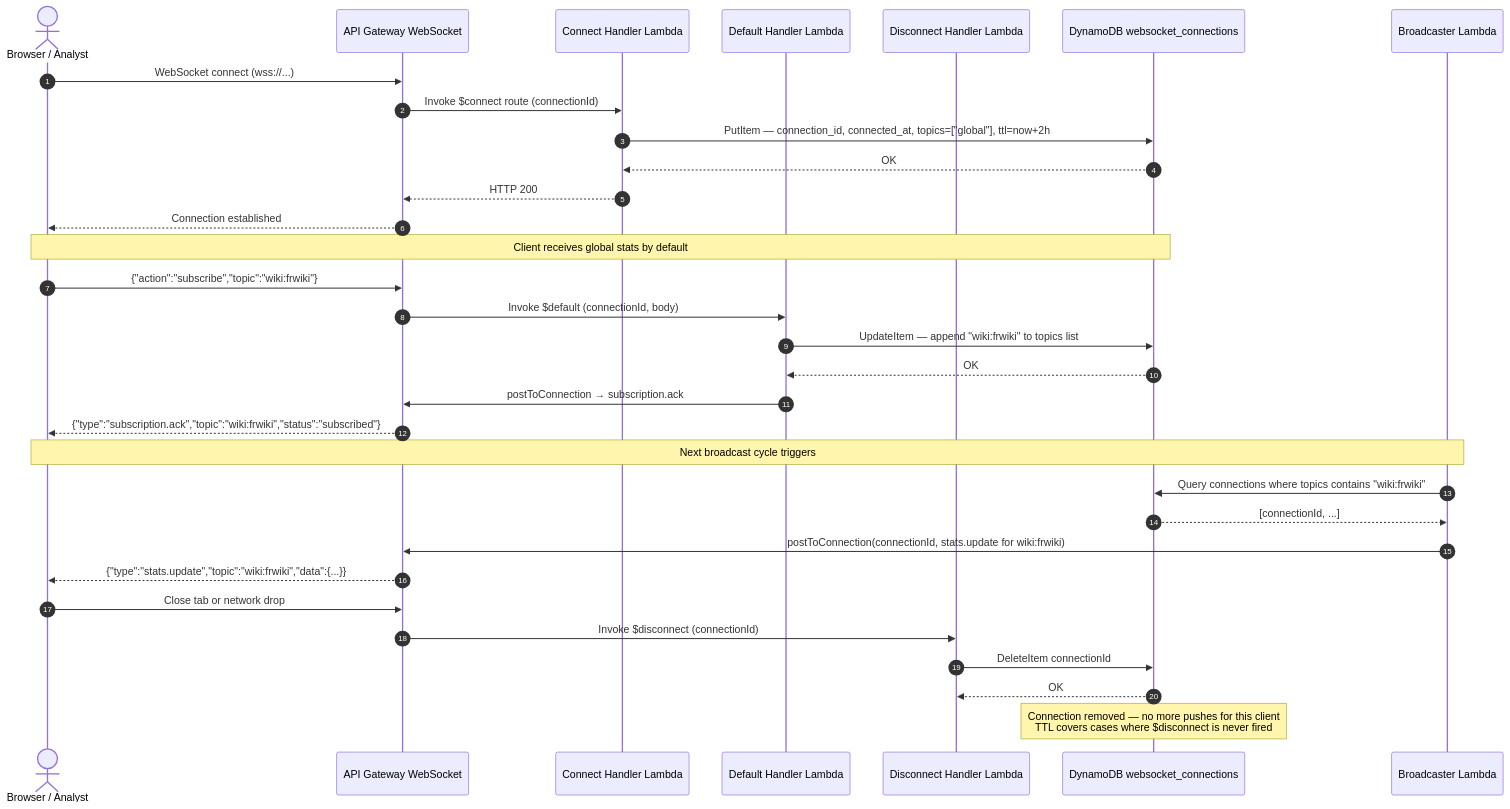
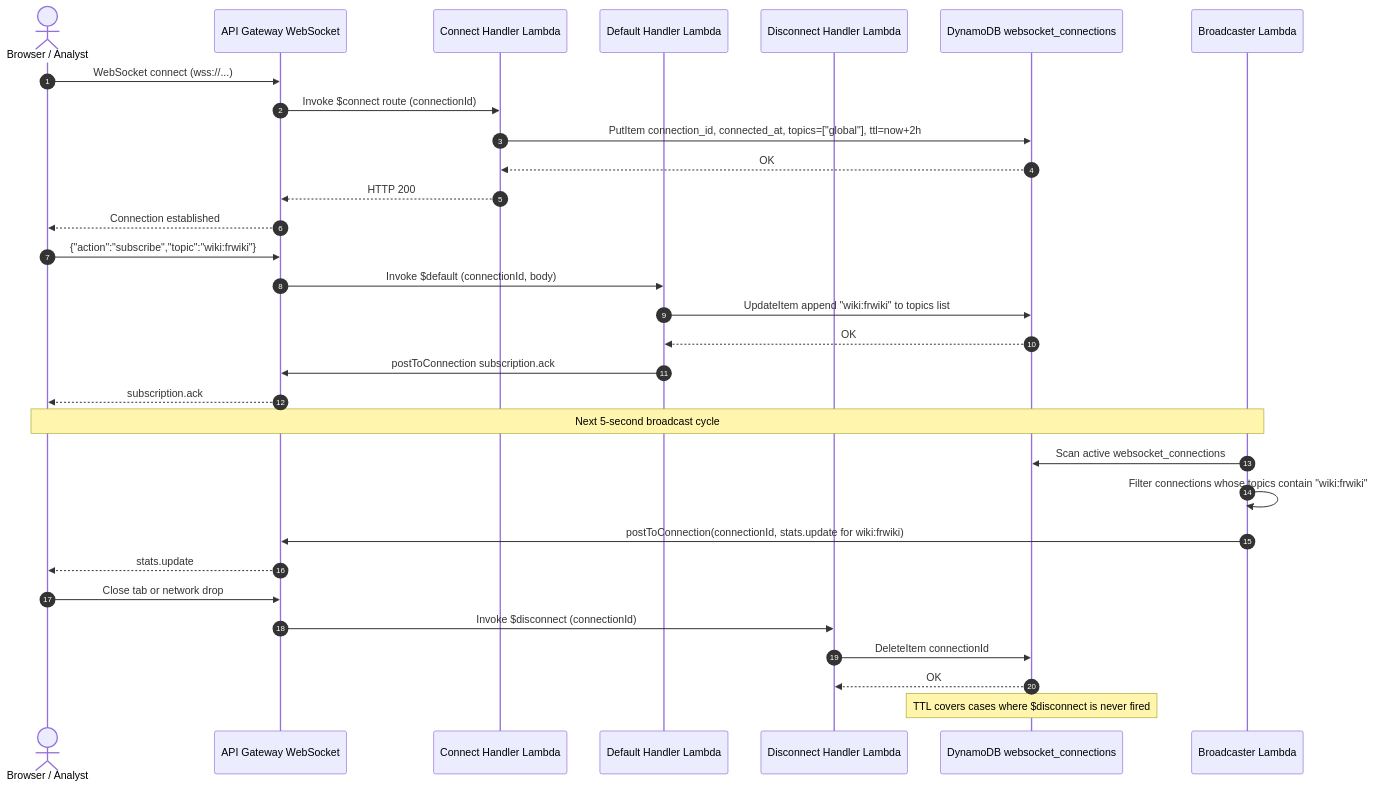
Before and after one commit to TalelKarim/realtime-media-analytics-platform: the second of 6 diagrams in documentation/sequence-diagrams.md, drawn with Mermaid. The commit also changed other lines of this file and 6 other files, not shown here.

Commit message:
docs: align streaming contracts and data lake architecture

````diff
--- a/documentation/sequence-diagrams.md
+++ b/documentation/sequence-diagrams.md
@@ -69,40 +71,38 @@
 ```mermaid
 sequenceDiagram
   autonumber
   actor User as Browser / Analyst
   participant AGW as API Gateway WebSocket
   participant CNX as Connect Handler Lambda
   participant DEF as Default Handler Lambda
   participant DCN as Disconnect Handler Lambda
   participant DBC as DynamoDB websocket_connections
   participant BRD as Broadcaster Lambda
 
   User->>AGW: WebSocket connect (wss://...)
   AGW->>CNX: Invoke $connect route (connectionId)
-  CNX->>DBC: PutItem — connection_id, connected_at, topics=["global"], ttl=now+2h
+  CNX->>DBC: PutItem connection_id, connected_at, topics=["global"], ttl=now+2h
   DBC-->>CNX: OK
   CNX-->>AGW: HTTP 200
   AGW-->>User: Connection established
 
-  Note over User,DBC: Client receives global stats by default
-
   User->>AGW: {"action":"subscribe","topic":"wiki:frwiki"}
   AGW->>DEF: Invoke $default (connectionId, body)
-  DEF->>DBC: UpdateItem — append "wiki:frwiki" to topics list
+  DEF->>DBC: UpdateItem append "wiki:frwiki" to topics list
   DBC-->>DEF: OK
-  DEF->>AGW: postToConnection → subscription.ack
-  AGW-->>User: {"type":"subscription.ack","topic":"wiki:frwiki","status":"subscribed"}
+  DEF->>AGW: postToConnection subscription.ack
+  AGW-->>User: subscription.ack
 
-  Note over BRD,User: Next broadcast cycle triggers
+  Note over BRD,User: Next 5-second broadcast cycle
 
-  BRD->>DBC: Query connections where topics contains "wiki:frwiki"
-  DBC-->>BRD: [connectionId, ...]
+  BRD->>DBC: Scan active websocket_connections
+  BRD->>BRD: Filter connections whose topics contain "wiki:frwiki"
   BRD->>AGW: postToConnection(connectionId, stats.update for wiki:frwiki)
-  AGW-->>User: {"type":"stats.update","topic":"wiki:frwiki","data":{...}}
+  AGW-->>User: stats.update
 
   User->>AGW: Close tab or network drop
   AGW->>DCN: Invoke $disconnect (connectionId)
   DCN->>DBC: DeleteItem connectionId
   DBC-->>DCN: OK
-  Note over DBC: Connection removed — no more pushes for this client<br/>TTL covers cases where $disconnect is never fired
+  Note over DBC: TTL covers cases where $disconnect is never fired
 ```
````
